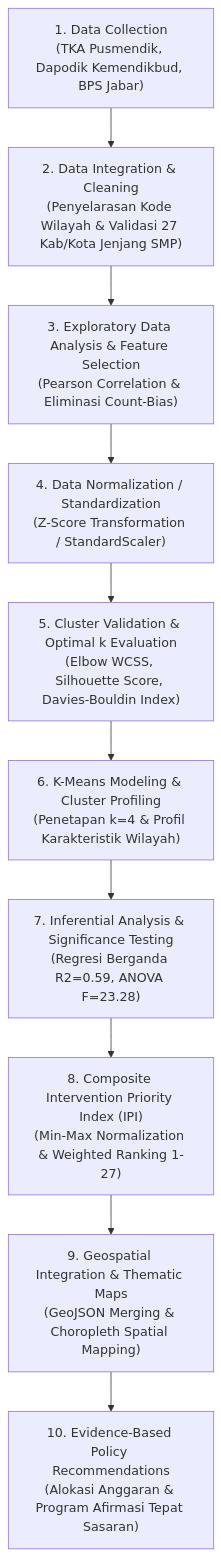
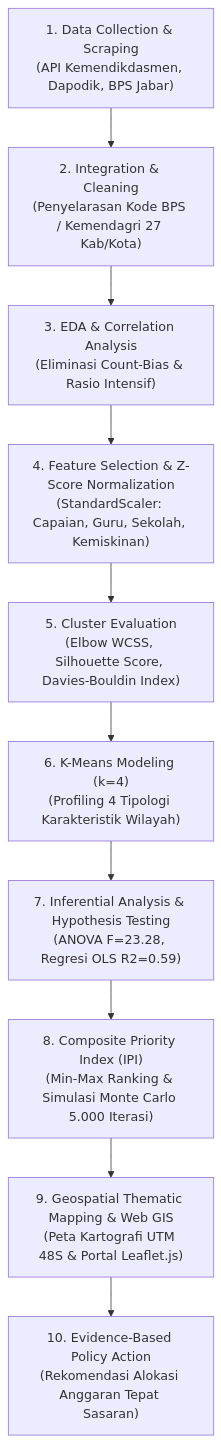
One commit to Rap404/klasterisasi-wilayah-tka changed the first of 2 diagrams in README.md. Above: the diagram before and after it, drawn with Mermaid. The commit also changed other lines of this file and 109 other files, not shown here.

Commit message:
feat: initialize K-Means clustering pipeline and spatial analysis for West Java SMP education data

````diff
--- a/README.md
+++ b/README.md
@@ -41,12 +48,12 @@
 ```mermaid
 flowchart TD
-    A["1. Data Collection\n(TKA Pusmendik, Dapodik Kemendikbud, BPS Jabar)"] --> B["2. Data Integration & Cleaning\n(Penyelarasan Kode Wilayah & Validasi 27 Kab/Kota Jenjang SMP)"]
-    B --> C["3. Exploratory Data Analysis & Feature Selection\n(Pearson Correlation & Eliminasi Count-Bias)"]
-    C --> D["4. Data Normalization / Standardization\n(Z-Score Transformation / StandardScaler)"]
-    D --> E["5. Cluster Validation & Optimal k Evaluation\n(Elbow WCSS, Silhouette Score, Davies-Bouldin Index)"]
-    E --> F["6. K-Means Modeling & Cluster Profiling\n(Penetapan k=4 & Profil Karakteristik Wilayah)"]
-    F --> G["7. Inferential Analysis & Significance Testing\n(Regresi Berganda R2=0.59, ANOVA F=23.28)"]
-    G --> H["8. Composite Intervention Priority Index (IPI)\n(Min-Max Normalization & Weighted Ranking 1-27)"]
-    H --> I["9. Geospatial Integration & Thematic Maps\n(GeoJSON Merging & Choropleth Spatial Mapping)"]
-    I --> J["10. Evidence-Based Policy Recommendations\n(Alokasi Anggaran & Program Afirmasi Tepat Sasaran)"]
+    A["1. Data Collection & Scraping\n(API Kemendikdasmen, Dapodik, BPS Jabar)"] --> B["2. Integration & Cleaning\n(Penyelarasan Kode BPS / Kemendagri 27 Kab/Kota)"]
+    B --> C["3. EDA & Correlation Analysis\n(Eliminasi Count-Bias & Rasio Intensif)"]
+    C --> D["4. Feature Selection & Z-Score Normalization\n(StandardScaler: Capaian, Guru, Sekolah, Kemiskinan)"]
+    D --> E["5. Cluster Evaluation\n(Elbow WCSS, Silhouette Score, Davies-Bouldin Index)"]
+    E --> F["6. K-Means Modeling (k=4)\n(Profiling 4 Tipologi Karakteristik Wilayah)"]
+    F --> G["7. Inferential Analysis & Hypothesis Testing\n(ANOVA F=23.28, Regresi OLS R2=0.59)"]
+    G --> H["8. Composite Priority Index (IPI)\n(Min-Max Ranking & Simulasi Monte Carlo 5.000 Iterasi)"]
+    H --> I["9. Geospatial Thematic Mapping & Web GIS\n(Peta Kartografi UTM 48S & Portal Leaflet.js)"]
+    I --> J["10. Evidence-Based Policy Action\n(Rekomendasi Alokasi Anggaran Tepat Sasaran)"]
 ```
````
